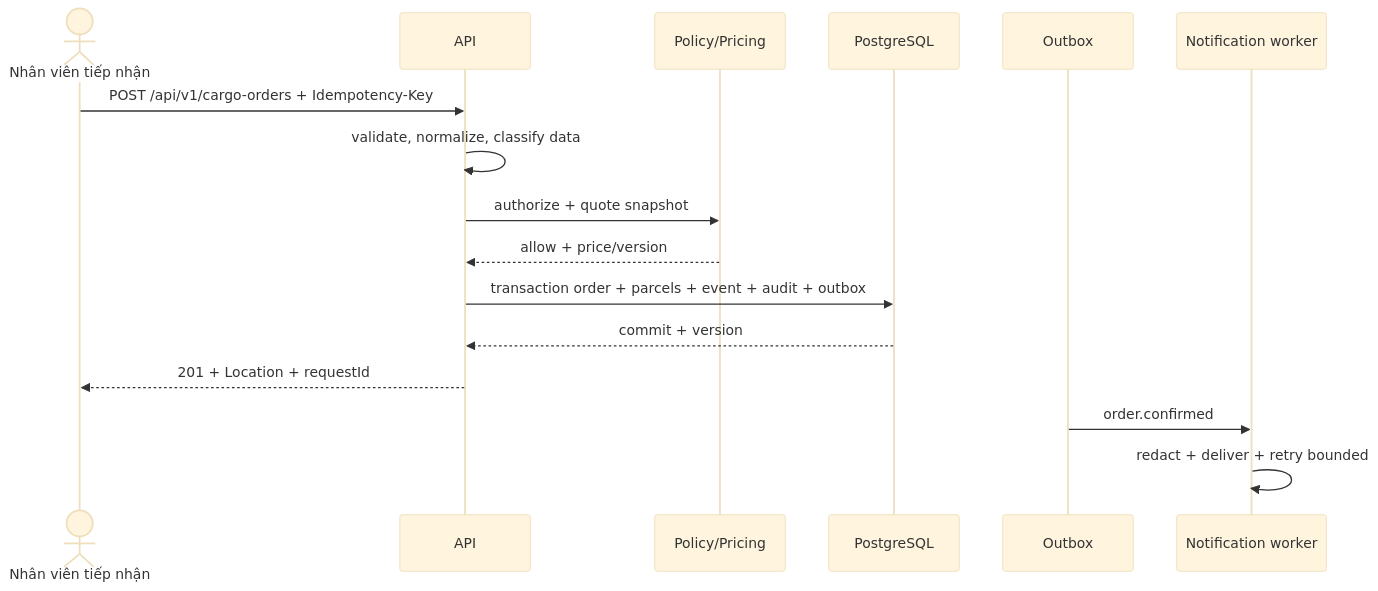
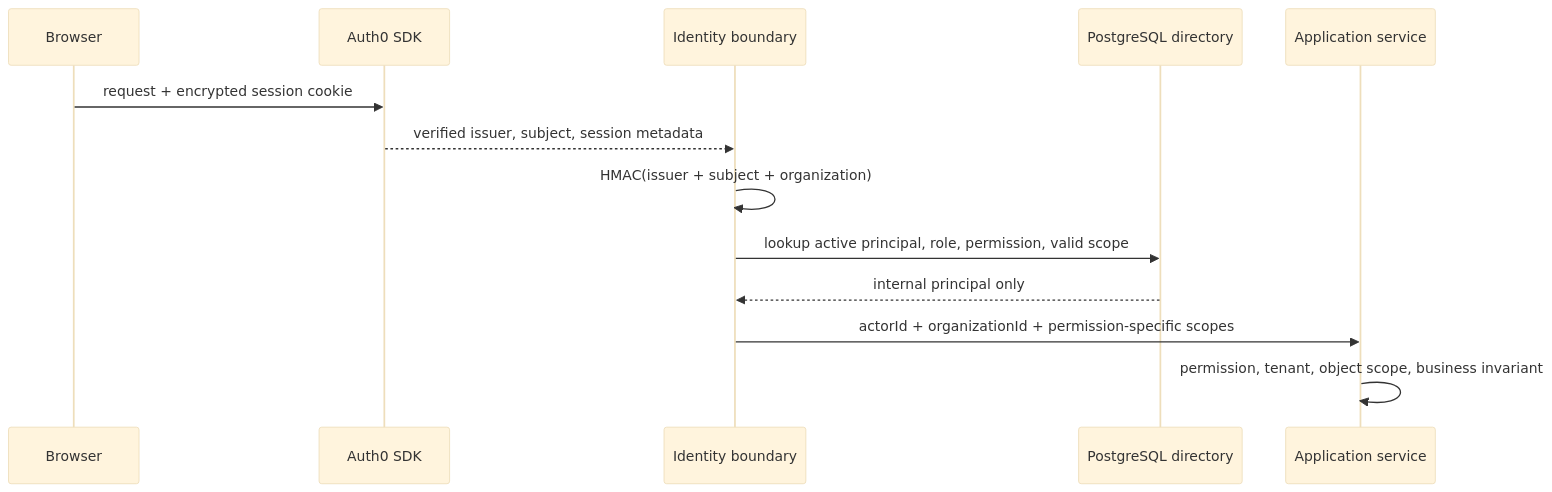
One commit to QuangHuy71104/kumho-smartops changed the second of 4 diagrams in docs/ARCHITECTURE.md. Above: the diagram before and after it, drawn with Mermaid (base theme). The commit also changed other lines of this file and 88 other files, not shown here.

````diff
--- a/docs/ARCHITECTURE.md
+++ b/docs/ARCHITECTURE.md
@@ -168,19 +49,16 @@
 ```mermaid
 sequenceDiagram
-    actor U as Nhân viên tiếp nhận
-    participant A as API
-    participant P as Policy/Pricing
-    participant D as PostgreSQL
-    participant Q as Outbox
-    participant W as Notification worker
+    participant B as Browser
+    participant A as Auth0 SDK
+    participant I as Identity boundary
+    participant D as PostgreSQL directory
+    participant S as Application service
 
-    U->>A: POST /api/v1/cargo-orders + Idempotency-Key
-    A->>A: validate, normalize, classify data
-    A->>P: authorize + quote snapshot
-    P-->>A: allow + price/version
-    A->>D: transaction order + parcels + event + audit + outbox
-    D-->>A: commit + version
-    A-->>U: 201 + Location + requestId
-    Q->>W: order.confirmed
-    W->>W: redact + deliver + retry bounded
+    B->>A: request + encrypted session cookie
+    A-->>I: verified issuer, subject, session metadata
+    I->>I: HMAC(issuer + subject + organization)
+    I->>D: lookup active principal, role, permission, valid scope
+    D-->>I: internal principal only
+    I->>S: actorId + organizationId + permission-specific scopes
+    S->>S: permission, tenant, object scope, business invariant
 ```
````
